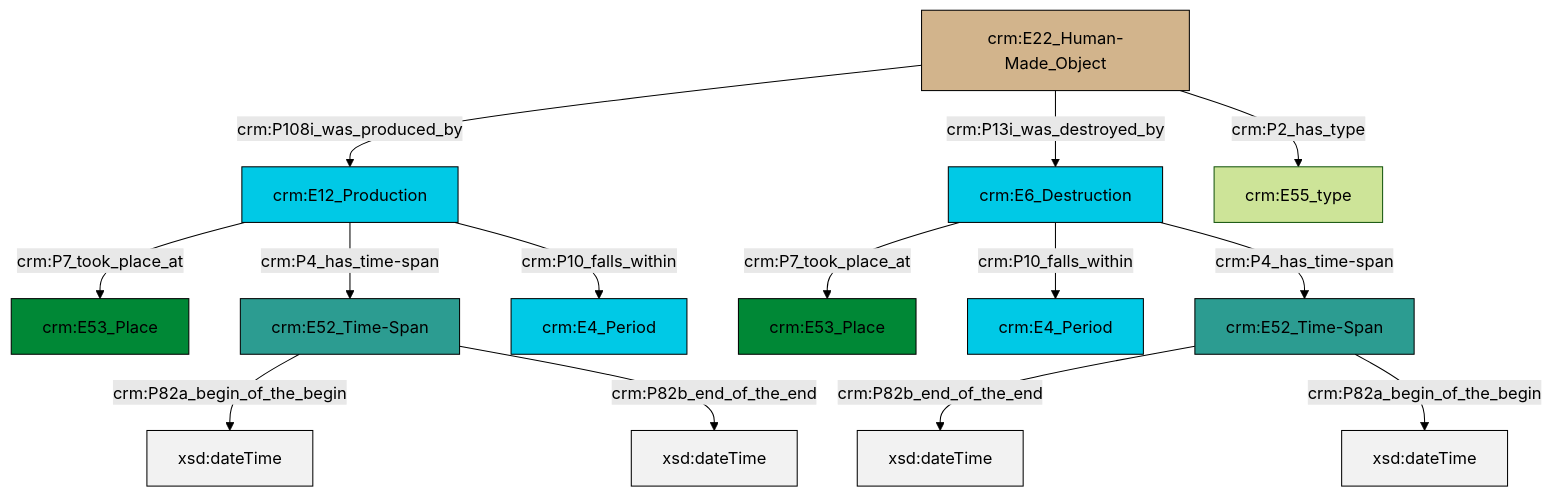
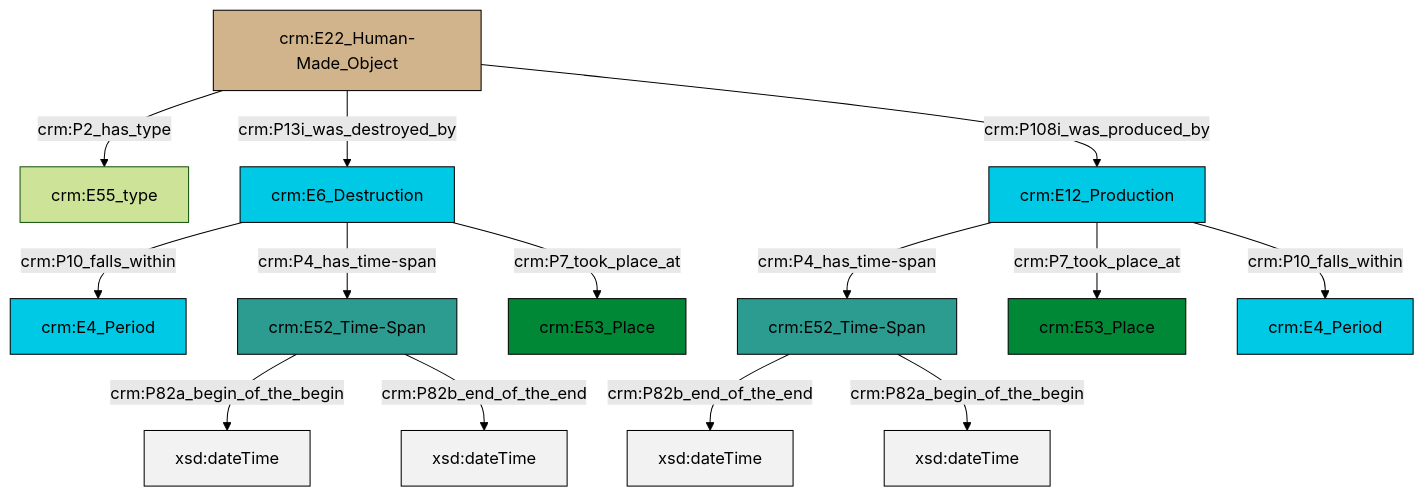
Before and after one commit to swiss-art-research-net/docs.swissartresearch: the diagram in et/artworkCSV/ttl/mmd/Artwork_Existence.ttl.mmd, drawn with Mermaid (forest theme). The commit also changed 172 other files, not shown here.

```diff
--- a/et/artworkCSV/ttl/mmd/Artwork_Existence.ttl.mmd
+++ b/et/artworkCSV/ttl/mmd/Artwork_Existence.ttl.mmd
@@ -1,28 +1,28 @@
 graph TD
 classDef Literal fill:#f2f2f2,stroke:#000000;
 classDef CRM_Entity fill:#FFFFFF,stroke:#000000;
 classDef Temporal_Entity fill:#00C9E6, stroke:#000000;
 classDef Type fill:#E18312, stroke:#000000;
 classDef Time-Span fill:#2C9C91, stroke:#000000;
 classDef Appellation fill:#FFEB7F, stroke:#000000;
 classDef Place fill:#008836, stroke:#000000;
 classDef Persistent_Item fill:#B266B2, stroke:#000000;
 classDef Conceptual_Object fill:#FFD700, stroke:#000000;
 classDef Physical_Thing fill:#D2B48C, stroke:#000000;
 classDef Actor fill:#f58aad, stroke:#000000;
 classDef PC_Classes fill:#4ce600, stroke:#000000;
 classDef Multi fill:#cccccc,stroke:#000000;
 
-2["crm:E22_Human-Made_Object"]:::Physical_Thing -->|crm:P108i_was_produced_by| 3["crm:E12_Production"]:::Temporal_Entity
-4["crm:E52_Time-Span"]:::Time-Span -->|crm:P82b_end_of_the_end| 5[xsd:dateTime]:::Literal
-0["crm:E52_Time-Span"]:::Time-Span -->|crm:P82a_begin_of_the_begin| 6[xsd:dateTime]:::Literal
-3["crm:E12_Production"]:::Temporal_Entity -->|crm:P7_took_place_at| 9["crm:E53_Place"]:::Place
-11["crm:E6_Destruction"]:::Temporal_Entity -->|crm:P7_took_place_at| 12["crm:E53_Place"]:::Place
-2["crm:E22_Human-Made_Object"]:::Physical_Thing -->|crm:P13i_was_destroyed_by| 11["crm:E6_Destruction"]:::Temporal_Entity
-3["crm:E12_Production"]:::Temporal_Entity -->|crm:P4_has_time-span| 0["crm:E52_Time-Span"]:::Time-Span
-3["crm:E12_Production"]:::Temporal_Entity -->|crm:P10_falls_within| 13["crm:E4_Period"]:::Temporal_Entity
-2["crm:E22_Human-Made_Object"]:::Physical_Thing -->|crm:P2_has_type| 15["crm:E55_type"]:::Default
-0["crm:E52_Time-Span"]:::Time-Span -->|crm:P82b_end_of_the_end| 20[xsd:dateTime]:::Literal
-4["crm:E52_Time-Span"]:::Time-Span -->|crm:P82a_begin_of_the_begin| 22[xsd:dateTime]:::Literal
-11["crm:E6_Destruction"]:::Temporal_Entity -->|crm:P10_falls_within| 18["crm:E4_Period"]:::Temporal_Entity
-11["crm:E6_Destruction"]:::Temporal_Entity -->|crm:P4_has_time-span| 4["crm:E52_Time-Span"]:::Time-Span
+0["crm:E22_Human-Made_Object"]:::Physical_Thing -->|crm:P2_has_type| 1["crm:E55_type"]:::Default
+4["crm:E12_Production"]:::Temporal_Entity -->|crm:P4_has_time-span| 5["crm:E52_Time-Span"]:::Time-Span
+8["crm:E6_Destruction"]:::Temporal_Entity -->|crm:P10_falls_within| 9["crm:E4_Period"]:::Temporal_Entity
+10["crm:E52_Time-Span"]:::Time-Span -->|crm:P82a_begin_of_the_begin| 11[xsd:dateTime]:::Literal
+4["crm:E12_Production"]:::Temporal_Entity -->|crm:P7_took_place_at| 6["crm:E53_Place"]:::Place
+5["crm:E52_Time-Span"]:::Time-Span -->|crm:P82b_end_of_the_end| 14[xsd:dateTime]:::Literal
+8["crm:E6_Destruction"]:::Temporal_Entity -->|crm:P4_has_time-span| 10["crm:E52_Time-Span"]:::Time-Span
+5["crm:E52_Time-Span"]:::Time-Span -->|crm:P82a_begin_of_the_begin| 17[xsd:dateTime]:::Literal
+0["crm:E22_Human-Made_Object"]:::Physical_Thing -->|crm:P13i_was_destroyed_by| 8["crm:E6_Destruction"]:::Temporal_Entity
+8["crm:E6_Destruction"]:::Temporal_Entity -->|crm:P7_took_place_at| 2["crm:E53_Place"]:::Place
+4["crm:E12_Production"]:::Temporal_Entity -->|crm:P10_falls_within| 20["crm:E4_Period"]:::Temporal_Entity
+10["crm:E52_Time-Span"]:::Time-Span -->|crm:P82b_end_of_the_end| 23[xsd:dateTime]:::Literal
+0["crm:E22_Human-Made_Object"]:::Physical_Thing -->|crm:P108i_was_produced_by| 4["crm:E12_Production"]:::Temporal_Entity
```
